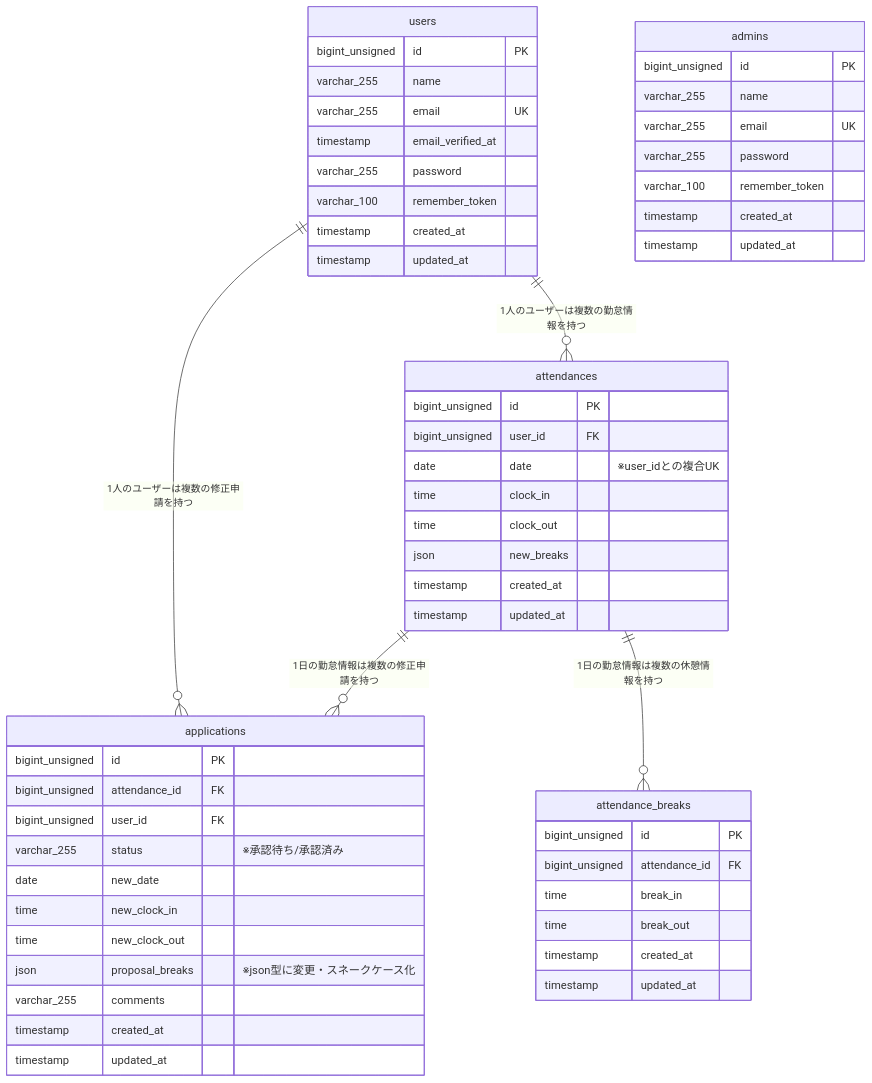
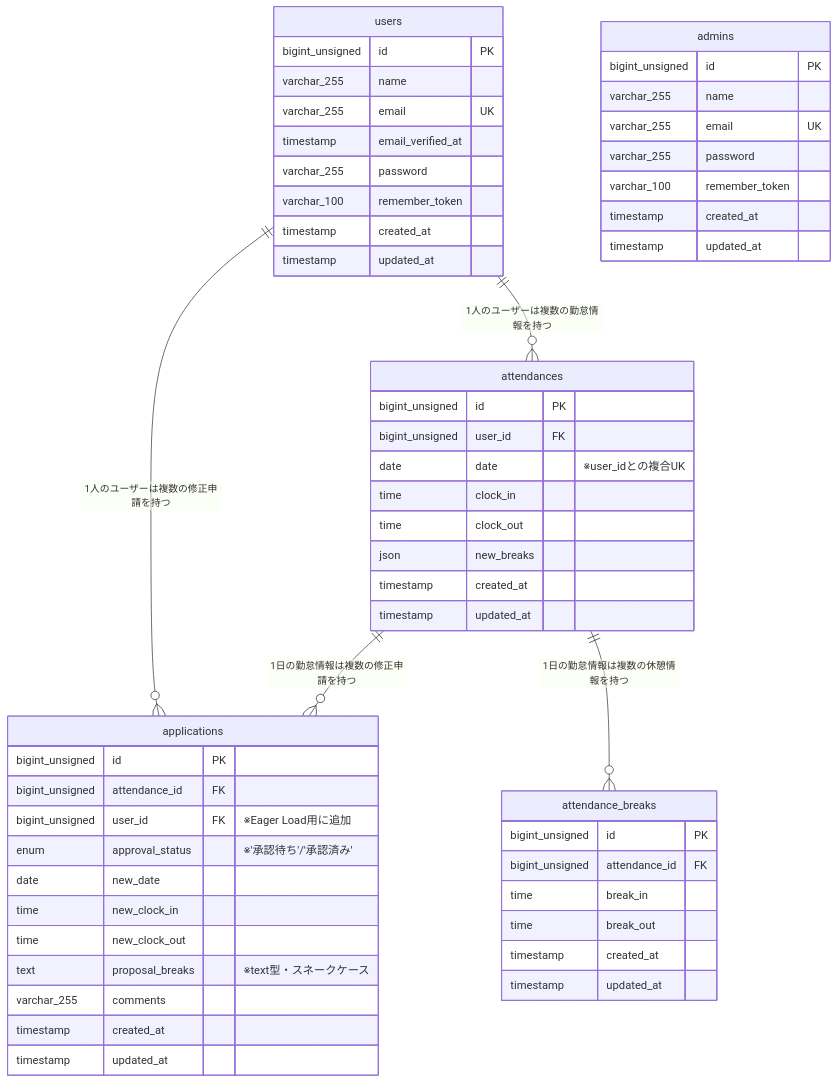
One commit to Ma-Namba/attendance-app changed the diagram in README.md. Above: the diagram before and after it, drawn with Mermaid. The commit also changed 3 other files, not shown here.

````diff
--- a/README.md
+++ b/README.md
@@ -115,58 +115,58 @@
 ```mermaid
 erDiagram
     users ||--o{ attendances: "1人のユーザーは複数の勤怠情報を持つ"
     users ||--o{ applications: "1人のユーザーは複数の修正申請を持つ"
     attendances ||--o{ applications: "1日の勤怠情報は複数の修正申請を持つ"
     attendances ||--o{ attendance_breaks: "1日の勤怠情報は複数の休憩情報を持つ"
 
     users {
         bigint_unsigned id PK
         varchar_255 name
         varchar_255 email UK
         timestamp email_verified_at
         varchar_255 password
         varchar_100 remember_token
         timestamp created_at
         timestamp updated_at
     }
     admins {
         bigint_unsigned id PK
         varchar_255 name
         varchar_255 email UK
         varchar_255 password
         varchar_100 remember_token
         timestamp created_at
         timestamp updated_at
     }
     attendances {
         bigint_unsigned id PK
         bigint_unsigned user_id FK
         date date "※user_idとの複合UK"
         time clock_in
         time clock_out
         json new_breaks
         timestamp created_at
         timestamp updated_at
     }
     applications {
         bigint_unsigned id PK
         bigint_unsigned attendance_id FK
-        bigint_unsigned user_id FK
-        varchar_255 status "※承認待ち/承認済み"
+        bigint_unsigned user_id FK "※Eager Load用に追加"
+        enum approval_status "※'承認待ち'/'承認済み'"
         date new_date
         time new_clock_in
         time new_clock_out
-        json proposal_breaks "※json型に変更・スネークケース化"
+        text proposal_breaks "※text型・スネークケース"
         varchar_255 comments
         timestamp created_at
         timestamp updated_at
     }
     attendance_breaks {
         bigint_unsigned id PK
         bigint_unsigned attendance_id FK
         time break_in
         time break_out
         timestamp created_at
         timestamp updated_at
     }
 ```
````
